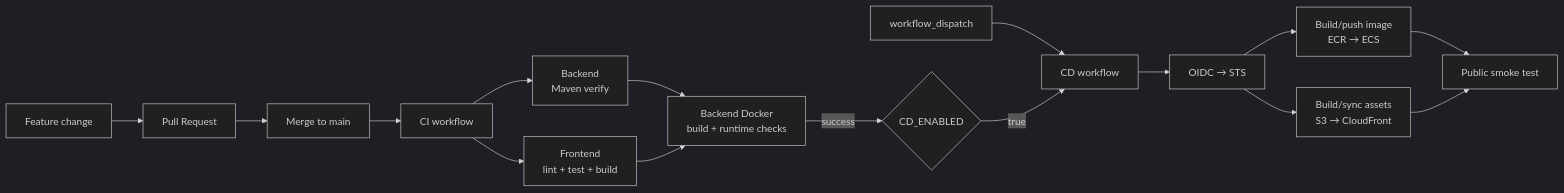
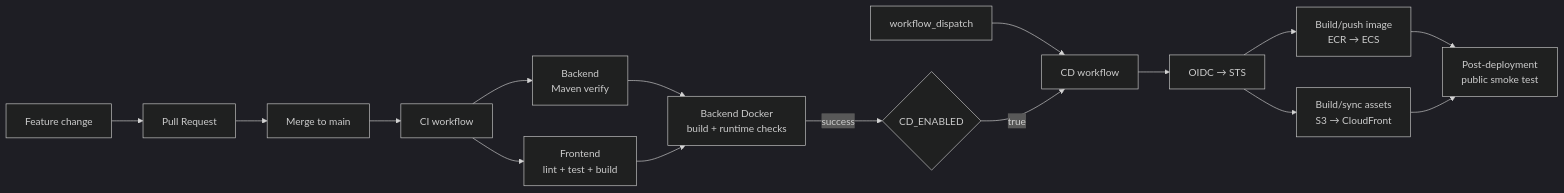
Before and after one commit to chen980729/aws-spring-personality-test: the diagram in docs/deployment/ci-cd.md, drawn with Mermaid (dark theme). The commit also changed other lines of this file and 17 other files, not shown here.

````diff
--- a/docs/deployment/ci-cd.md
+++ b/docs/deployment/ci-cd.md
@@ -9,21 +9,21 @@
 ```mermaid
 flowchart LR
     Change["Feature change"] --> PR["Pull Request"]
     PR --> Main["Merge to main"]
     Main --> CI["CI workflow"]
 
     CI --> Backend["Backend<br/>Maven verify"]
     CI --> Frontend["Frontend<br/>lint + test + build"]
     Backend --> Docker["Backend Docker<br/>build + runtime checks"]
     Frontend --> Docker
 
     Docker -->|"success"| Gate{"CD_ENABLED"}
     Manual["workflow_dispatch"] --> CD["CD workflow"]
     Gate -->|"true"| CD
 
     CD --> OIDC["OIDC → STS"]
     OIDC --> BE["Build/push image<br/>ECR → ECS"]
     OIDC --> FE["Build/sync assets<br/>S3 → CloudFront"]
-    BE --> Smoke["Public smoke test"]
+    BE --> Smoke["Post-deployment<br/>public smoke test"]
     FE --> Smoke
 ```
````
